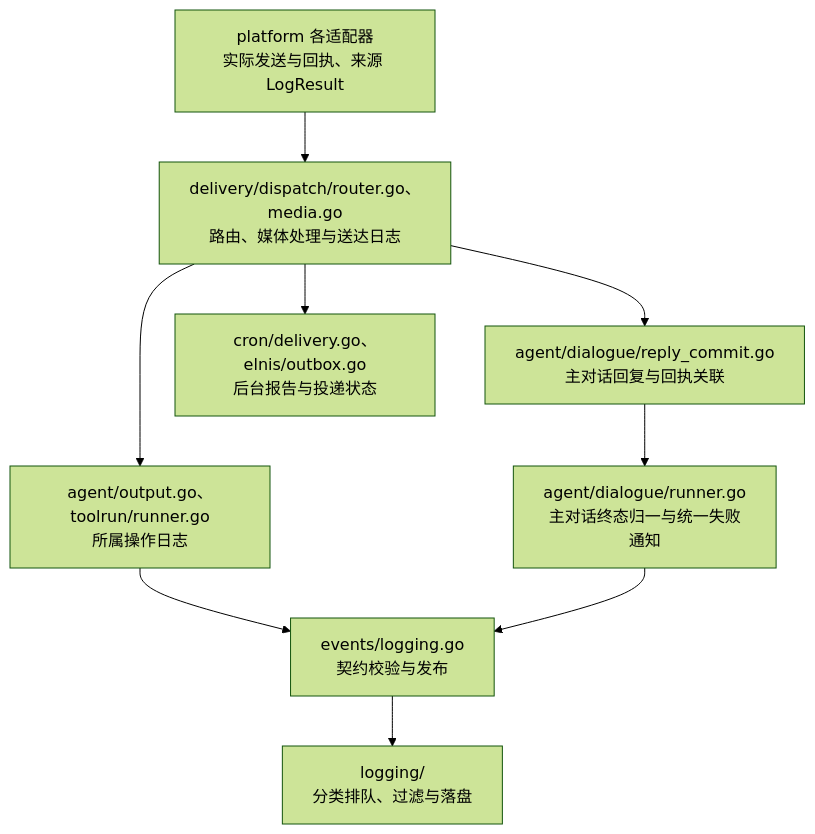
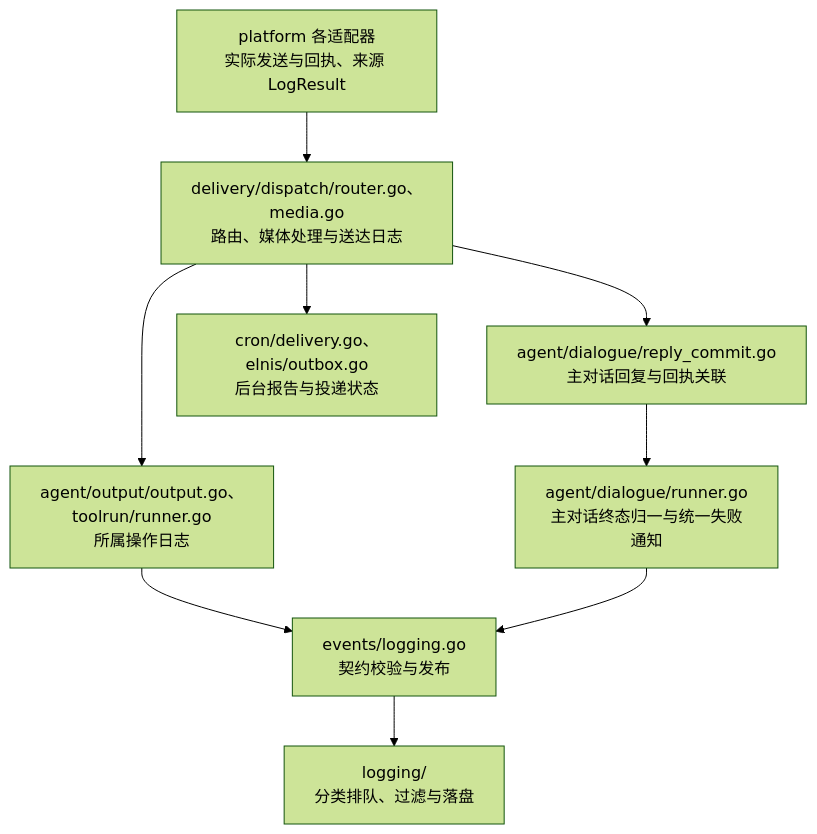
One commit to Elflare/elbot changed the sixth of 7 diagrams in devdocs/architecture.md. Above: the diagram before and after it, drawn with Mermaid (forest theme). The commit also changed other lines of this file and 294 other files, not shown here.

````diff
--- a/devdocs/architecture.md
+++ b/devdocs/architecture.md
@@ -259,11 +280,11 @@
 ```mermaid
 flowchart TD
     P["platform 各适配器<br/>实际发送与回执、来源 LogResult"] --> R["delivery/dispatch/router.go、media.go<br/>路由、媒体处理与送达日志"]
     R --> B["agent/dialogue/reply_commit.go<br/>主对话回复与回执关联"]
     R --> BG["cron/delivery.go、elnis/outbox.go<br/>后台报告与投递状态"]
     B --> T["agent/dialogue/runner.go<br/>主对话终态归一与统一失败通知"]
-    R --> O["agent/output.go、toolrun/runner.go<br/>所属操作日志"]
+    R --> O["agent/output/output.go、toolrun/runner.go<br/>所属操作日志"]
     O --> E["events/logging.go<br/>契约校验与发布"]
     T --> E
     E --> L["logging/<br/>分类排队、过滤与落盘"]
 ```
````
